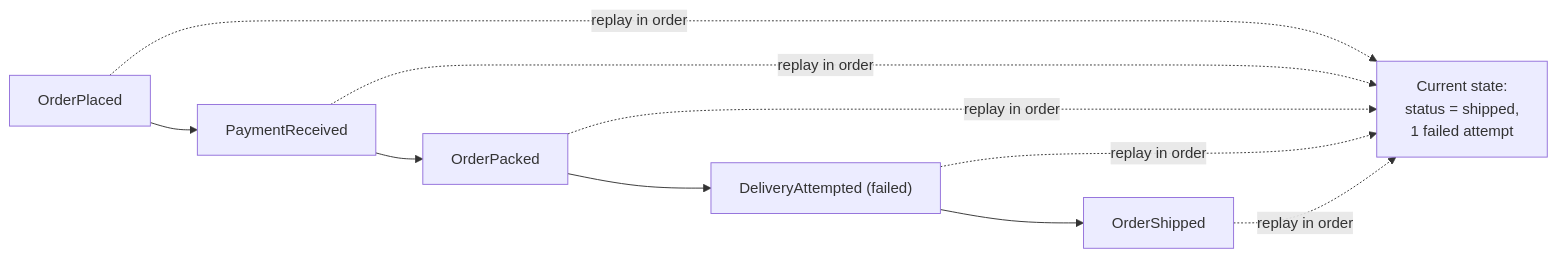
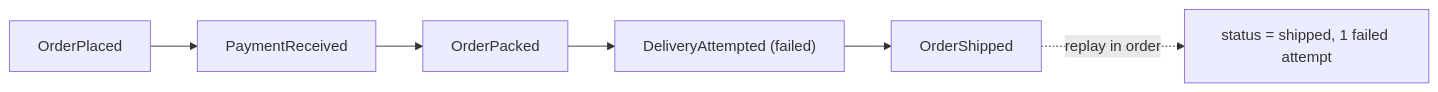
One commit to francoandreDev/knowledge changed the second of 3 diagrams in src/content/architecture/event-driven-architecture/L2-concept.mdx. Above: the diagram before and after it, drawn with Mermaid. The commit also changed other lines of this file and 17 other files, not shown here.

Commit message:
Migrate architecture batch 2 (hexagonal-clean-architecture, event-driven-architecture, build-vs-buy, adr-governance) to the three-tier exercise model

````diff
--- a/src/content/architecture/event-driven-architecture/L2-concept.mdx
+++ b/src/content/architecture/event-driven-architecture/L2-concept.mdx
@@ -90,8 +96,8 @@
 ```mermaid
 flowchart LR
     E1["OrderPlaced"] --> E2["PaymentReceived"]
     E2 --> E3["OrderPacked"]
     E3 --> E4["DeliveryAttempted (failed)"]
     E4 --> E5["OrderShipped"]
-    E1 & E2 & E3 & E4 & E5 -.->|replay in order| ST["Current state:\nstatus = shipped,\n1 failed attempt"]
+    E5 -.->|"replay in order"| ST["status = shipped, 1 failed attempt"]
 ```
````
